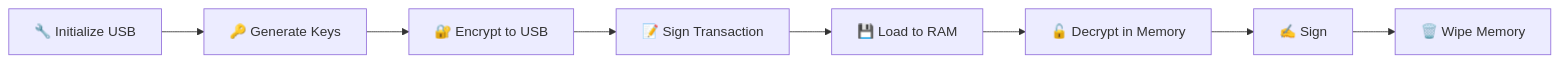
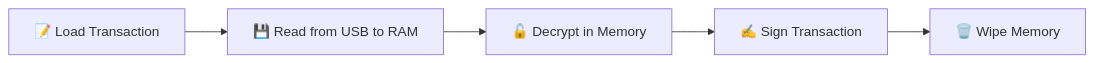
Before and after one commit to devsyrem/coldstar: the second of 2 diagrams in README.md, drawn with Mermaid. The commit also changed other lines of this file, not shown here.

Commit message:
Improve mermaid diagram to separate initialization and signing flows
Agent-Logs-Url: https://github.com/devsyrem/coldstar/sessions/7c0053a7-6e78-4bb6-8448-10f335f9f3d7

````diff
--- a/README.md
+++ b/README.md
@@ -216,10 +224,7 @@
 ```mermaid
 graph LR
-    A[🔧 Initialize USB] --> B[🔑 Generate Keys]
-    B --> C[🔐 Encrypt to USB]
-    C --> D[📝 Sign Transaction]
-    D --> E[💾 Load to RAM]
+    D[📝 Load Transaction] --> E[💾 Read from USB to RAM]
     E --> F[🔓 Decrypt in Memory]
-    F --> G[✍️ Sign]
+    F --> G[✍️ Sign Transaction]
     G --> H[🗑️ Wipe Memory]
 ```
````
